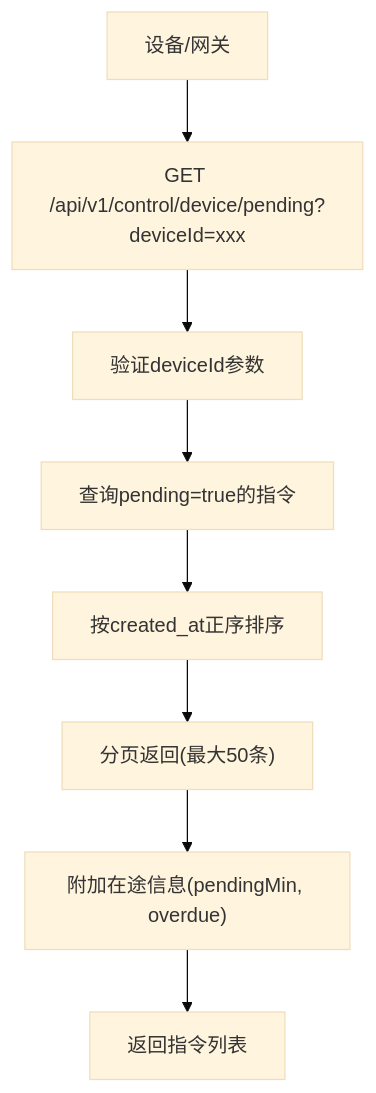
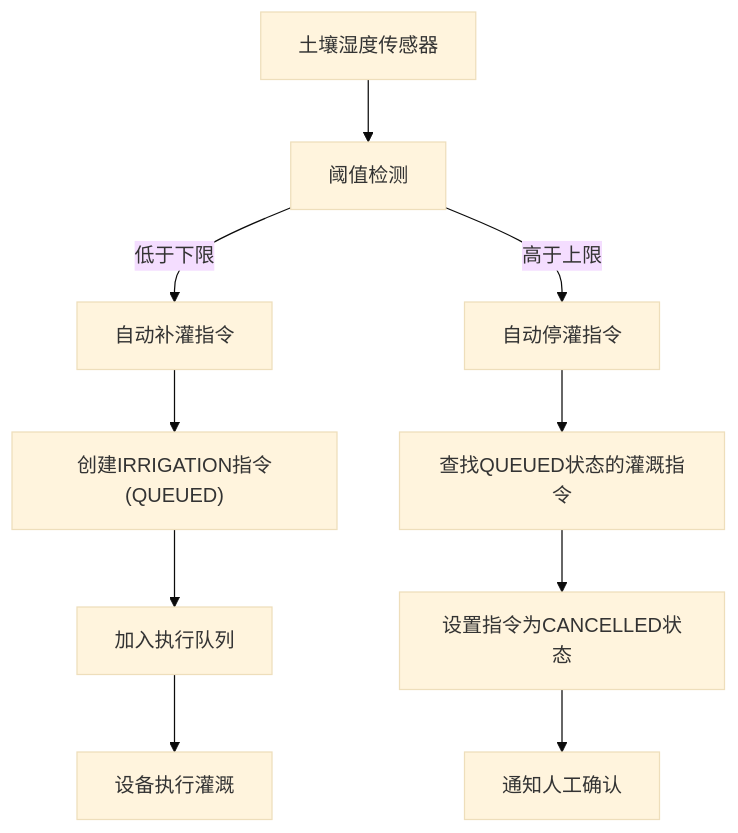
One commit to q446328246/agri-platform changed the third of 34 diagrams in .qoder/repowiki/zh/content/核心服务文档/其他业务服务.md. Above: the diagram before and after it, drawn with Mermaid (base theme). The commit also changed other lines of this file and 6 other files, not shown here.

````diff
--- a/.qoder/repowiki/zh/content/核心服务文档/其他业务服务.md
+++ b/.qoder/repowiki/zh/content/核心服务文档/其他业务服务.md
@@ -275,10 +283,12 @@
 ```mermaid
 flowchart TD
-DEVICE["设备/网关"] --> PENDING["GET /api/v1/control/device/pending?deviceId=xxx"]
-PENDING --> VALIDATE["验证deviceId参数"]
-VALIDATE --> QUERY["查询pending=true的指令"]
-QUERY --> SORT["按created_at正序排序"]
-SORT --> PAGE["分页返回(最大50条)"]
-PAGE --> VIEW["附加在途信息(pendingMin, overdue)"]
-VIEW --> RESPONSE["返回指令列表"]
+SENSOR["土壤湿度传感器"] --> THRESHOLD["阈值检测"]
+THRESHOLD --> |低于下限| AUTO_IRR["自动补灌指令"]
+THRESHOLD --> |高于上限| STOP_IRR["自动停灌指令"]
+AUTO_IRR --> CREATE_CMD["创建IRRIGATION指令(QUEUED)"]
+STOP_IRR --> FIND_QUEUED["查找QUEUED状态的灌溉指令"]
+CREATE_CMD --> QUEUE["加入执行队列"]
+FIND_QUEUED --> CANCEL_CMD["设置指令为CANCELLED状态"]
+QUEUE --> EXECUTE["设备执行灌溉"]
+CANCEL_CMD --> NOTIF["通知人工确认"]
 ```
````
